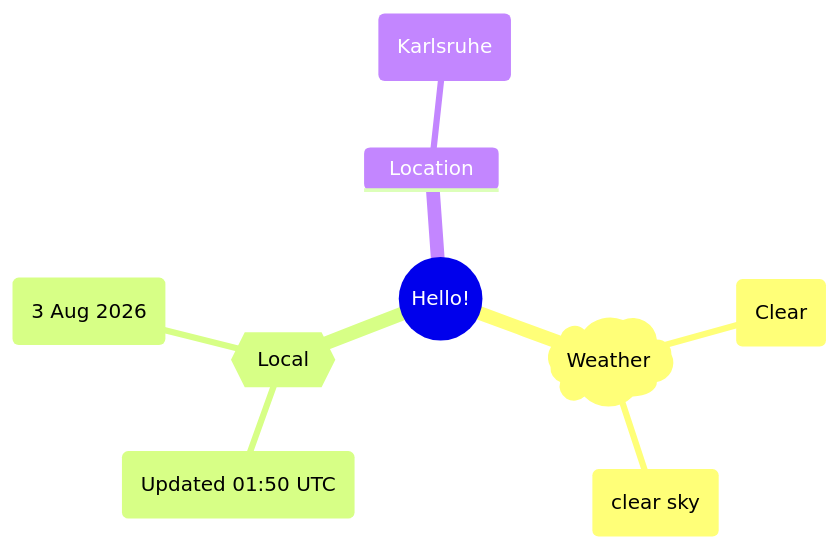
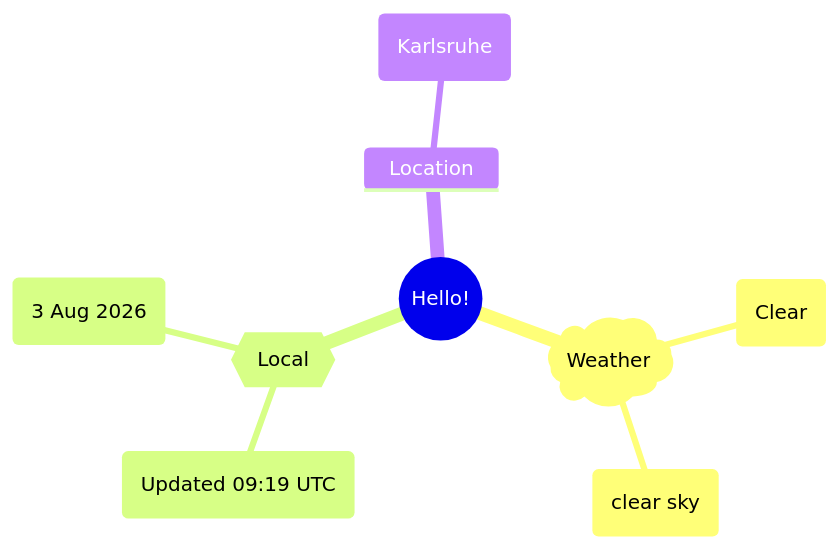
Before and after one commit to Xosrov/Xosrov: the first of 2 diagrams in README.md, drawn with Mermaid.

Commit message:
[bot] updated images

````diff
--- a/README.md
+++ b/README.md
@@ -3,12 +3,12 @@
 ```mermaid
 mindmap
   root((Hello!))
     )Weather(
         (Clear)
         (clear sky)
     {{Local}}
-        (Updated 01:50 UTC)
+        (Updated 09:19 UTC)
         (3 Aug 2026)
     Location
         (Karlsruhe)
 ```
````
